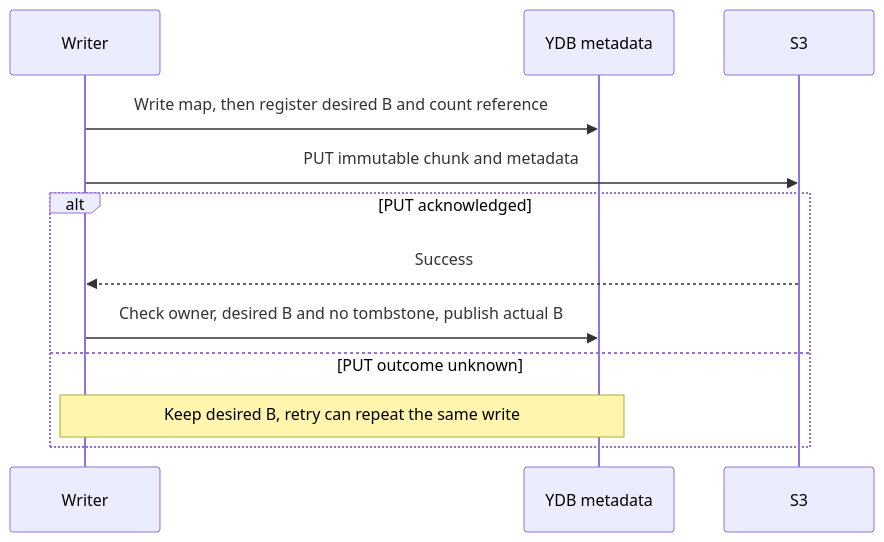
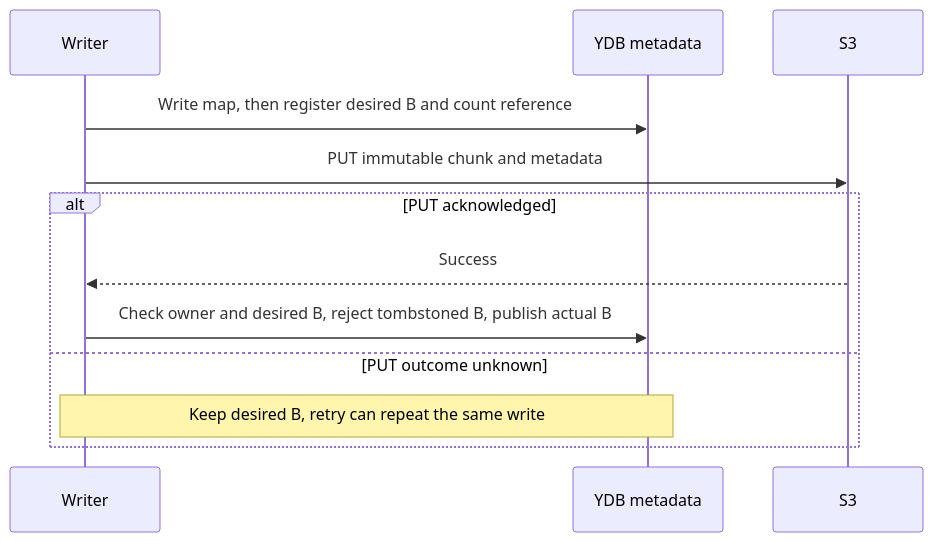
One commit to ydb-platform/nbs changed the third of 10 diagrams in doc/disk_manager/chunk_storage/design_doc.md. Above: the diagram before and after it, drawn with Mermaid. The commit also changed other lines of this file, not shown here.

````diff
--- a/doc/disk_manager/chunk_storage/design_doc.md
+++ b/doc/disk_manager/chunk_storage/design_doc.md
@@ -141,14 +137,14 @@
 ```mermaid
 sequenceDiagram
     participant Writer
     participant DB as YDB metadata
     participant S3
     Writer->>DB: Write map, then register desired B and count reference
     Writer->>S3: PUT immutable chunk and metadata
     alt PUT acknowledged
         S3-->>Writer: Success
-        Writer->>DB: Check owner, desired B and no tombstone, publish actual B
+        Writer->>DB: Check owner and desired B, reject tombstoned B, publish actual B
     else PUT outcome unknown
         Note over Writer,DB: Keep desired B, retry can repeat the same write
     end
 ```
````
